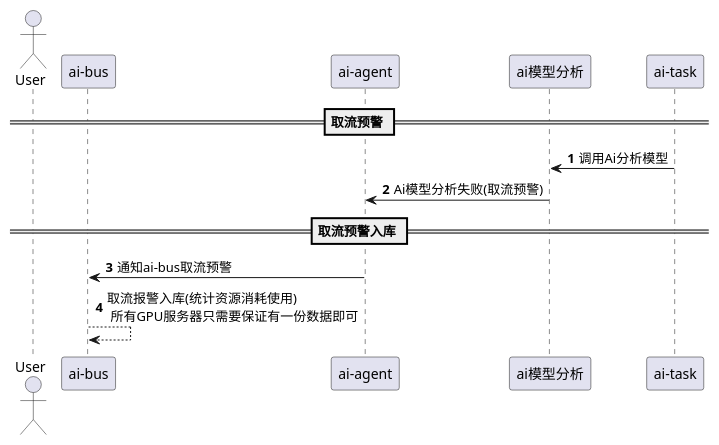
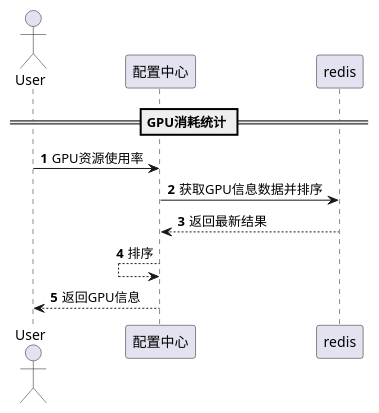
The diagram in 资源消耗/GPU消耗统计.puml (zjzjzjzj1874/demo), drawn with PlantUML before and after one commit. The commit also changed 15 other files, not shown here.

Commit message:
feat:plain uml:how to draw a uml

```diff
--- a/资源消耗/GPU消耗统计.puml
+++ b/资源消耗/GPU消耗统计.puml
@@ -1,17 +1,14 @@
 @startuml
 autonumber
-== 取流预警 ==
+== GPU消耗统计 ==
 actor User as user
-participant "ai-bus" as bus
-participant "ai-agent" as agent
-participant "ai模型分析" as ai
-participant "ai-task" as task
+participant "配置中心" as center
+participant "redis" as redis
 
-task -> ai : 调用Ai分析模型
-agent <- ai : Ai模型分析失败(取流预警)
-
-== 取流预警入库 ==
-agent -> bus : 通知ai-bus取流预警
-bus --> bus : 取流报警入库(统计资源消耗使用)\n 所有GPU服务器只需要保证有一份数据即可
+user -> center : GPU资源使用率
+center -> redis : 获取GPU信息数据并排序
+center <-- redis : 返回最新结果
+center <-- center : 排序
+center --> user : 返回GPU信息
 
 @enduml
```
